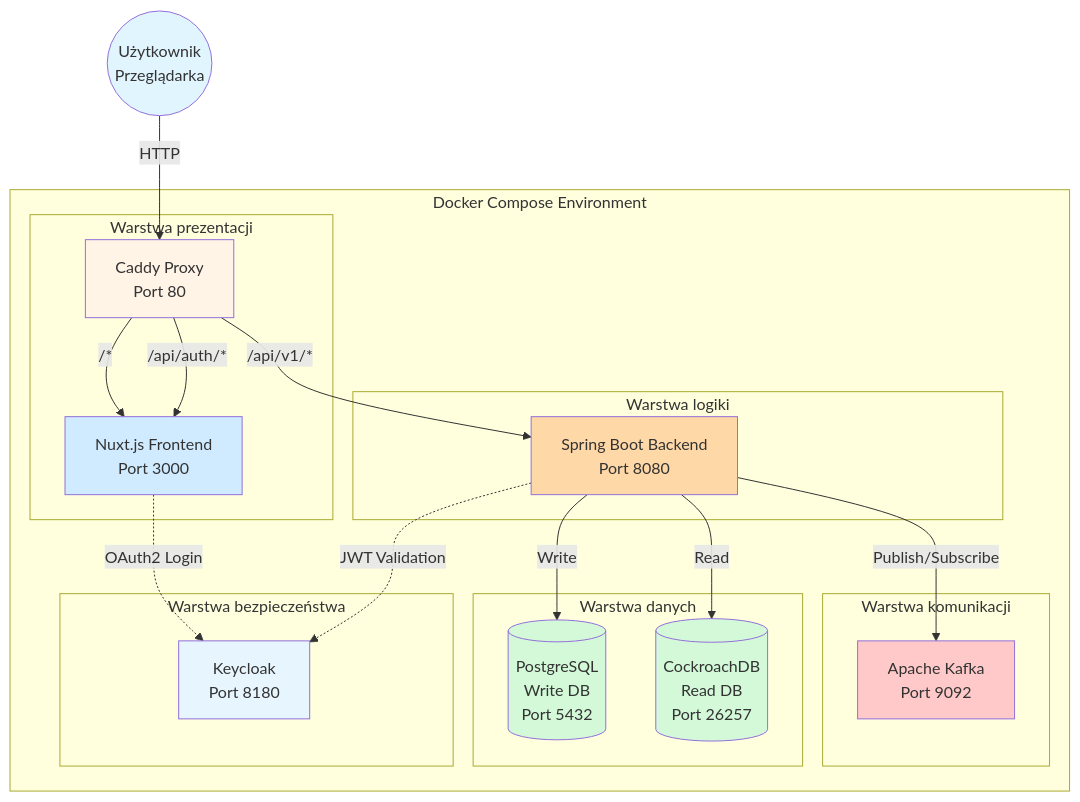
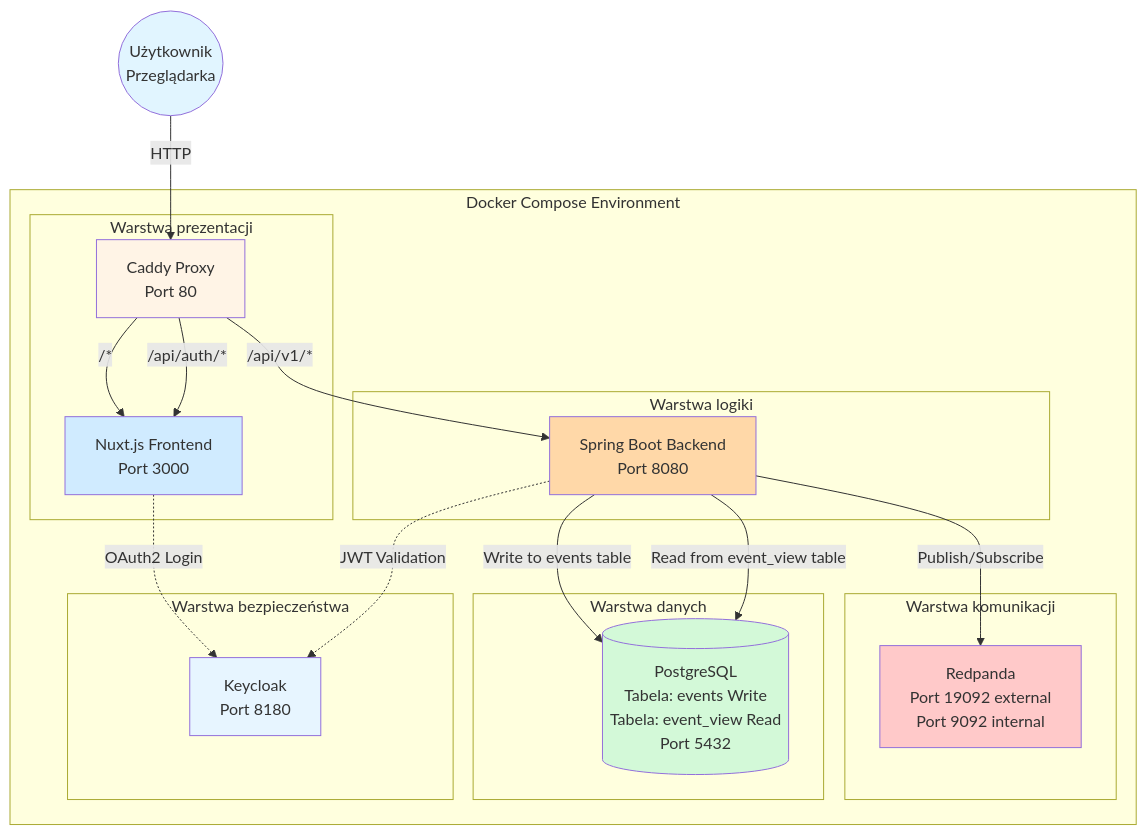
The third of 15 diagrams in ARCHITEKTURA_SZCZEGOLOWA.md (luksus-pfsw/nuxt-learn), drawn with Mermaid before and after one commit. The commit also changed other lines of this file and 10 other files, not shown here.

````diff
--- a/ARCHITEKTURA_SZCZEGOLOWA.md
+++ b/ARCHITEKTURA_SZCZEGOLOWA.md
@@ -149,49 +154,47 @@
 ```mermaid
 graph TB
     subgraph "Docker Compose Environment"
         subgraph "Warstwa prezentacji"
             CADDY[Caddy Proxy<br/>Port 80]
             NUXT[Nuxt.js Frontend<br/>Port 3000]
         end
         
         subgraph "Warstwa logiki"
             SPRING[Spring Boot Backend<br/>Port 8080]
         end
         
         subgraph "Warstwa komunikacji"
-            KAFKA[Apache Kafka<br/>Port 9092]
+            REDPANDA[Redpanda<br/>Port 19092 external<br/>Port 9092 internal]
         end
         
         subgraph "Warstwa danych"
-            PG[(PostgreSQL<br/>Write DB<br/>Port 5432)]
-            CRDB[(CockroachDB<br/>Read DB<br/>Port 26257)]
+            PG[(PostgreSQL<br/>Tabela: events Write<br/>Tabela: event_view Read<br/>Port 5432)]
         end
         
         subgraph "Warstwa bezpieczeństwa"
             KC[Keycloak<br/>Port 8180]
         end
     end
     
     USER((Użytkownik<br/>Przeglądarka))
     
     USER -->|HTTP| CADDY
     CADDY -->|/api/v1/*| SPRING
     CADDY -->|/*| NUXT
     CADDY -->|/api/auth/*| NUXT
     
     NUXT -.->|OAuth2 Login| KC
     SPRING -.->|JWT Validation| KC
     
-    SPRING -->|Publish/Subscribe| KAFKA
-    SPRING -->|Write| PG
-    SPRING -->|Read| CRDB
+    SPRING -->|Publish/Subscribe| REDPANDA
+    SPRING -->|Write to events table| PG
+    SPRING -->|Read from event_view table| PG
     
     style USER fill:#e1f5ff
     style CADDY fill:#fff4e6
     style NUXT fill:#d0ebff
     style SPRING fill:#ffd8a8
-    style KAFKA fill:#ffc9c9
+    style REDPANDA fill:#ffc9c9
     style PG fill:#d3f9d8
-    style CRDB fill:#d3f9d8
     style KC fill:#e7f5ff
 ```
````
